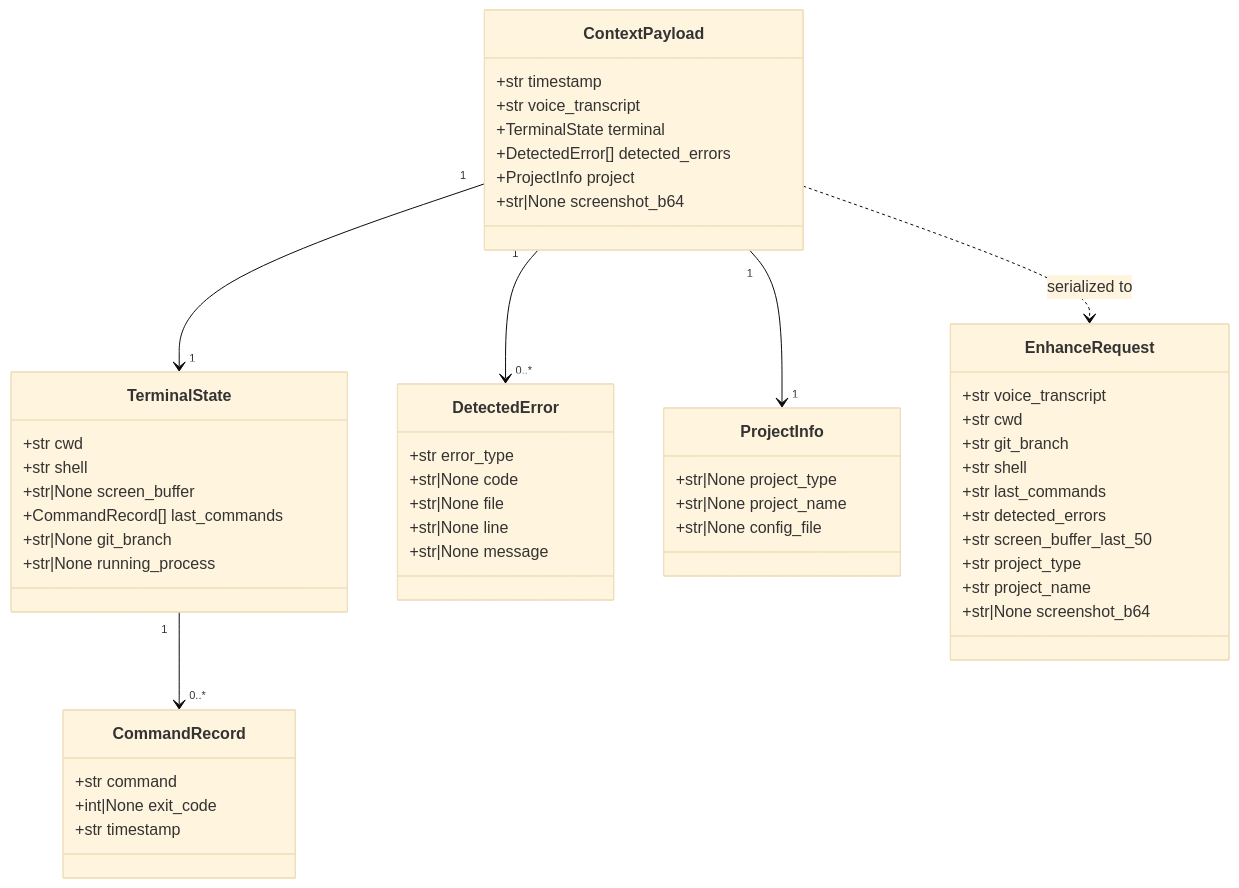
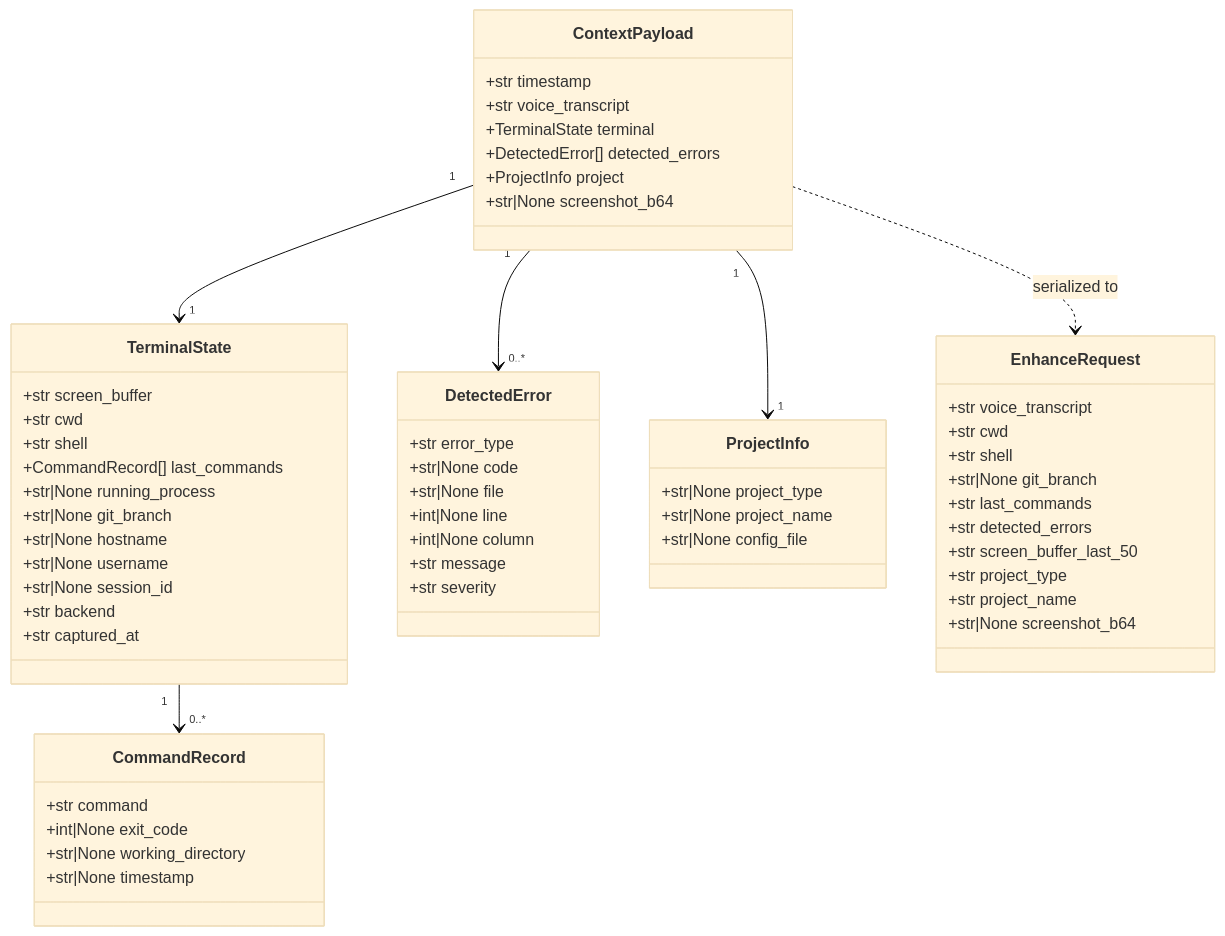
The eighth of 9 diagrams in docs/system_design.md (VinnyBabuManjaly/PromptShell), drawn with Mermaid (base theme) before and after one commit. The commit also changed other lines of this file and 4 other files, not shown here.

Commit message:
Add comprehensive documentation: README, system design, demo script, and updated architecture docs

````diff
--- a/docs/system_design.md
+++ b/docs/system_design.md
@@ -321,59 +302,67 @@
 ```mermaid
 classDiagram
     class ContextPayload {
         +str timestamp
         +str voice_transcript
         +TerminalState terminal
         +DetectedError[] detected_errors
         +ProjectInfo project
         +str|None screenshot_b64
     }
 
     class TerminalState {
+        +str screen_buffer
         +str cwd
         +str shell
-        +str|None screen_buffer
         +CommandRecord[] last_commands
+        +str|None running_process
         +str|None git_branch
-        +str|None running_process
+        +str|None hostname
+        +str|None username
+        +str|None session_id
+        +str backend
+        +str captured_at
     }
 
     class CommandRecord {
         +str command
         +int|None exit_code
-        +str timestamp
+        +str|None working_directory
+        +str|None timestamp
     }
 
     class DetectedError {
         +str error_type
         +str|None code
         +str|None file
-        +str|None line
-        +str|None message
+        +int|None line
+        +int|None column
+        +str message
+        +str severity
     }
 
     class ProjectInfo {
         +str|None project_type
         +str|None project_name
         +str|None config_file
     }
 
     class EnhanceRequest {
         +str voice_transcript
         +str cwd
-        +str git_branch
         +str shell
+        +str|None git_branch
         +str last_commands
         +str detected_errors
         +str screen_buffer_last_50
         +str project_type
         +str project_name
         +str|None screenshot_b64
     }
 
     ContextPayload "1" --> "1" TerminalState
     ContextPayload "1" --> "0..*" DetectedError
     ContextPayload "1" --> "1" ProjectInfo
     TerminalState "1" --> "0..*" CommandRecord
     ContextPayload ..> EnhanceRequest : serialized to
 ```
````
